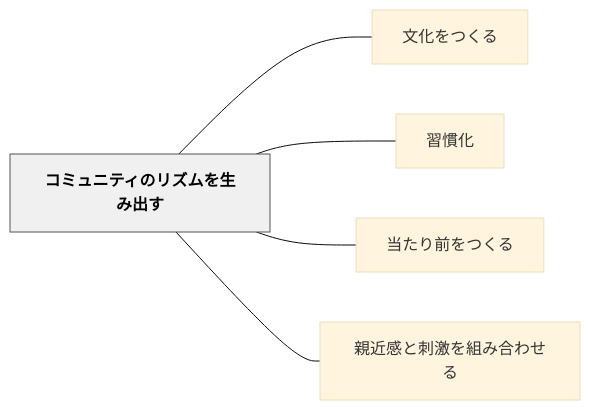
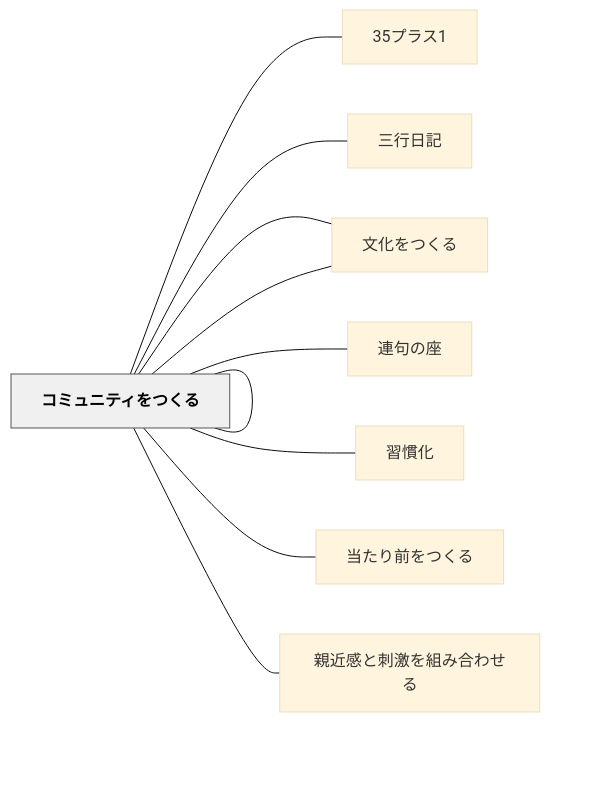
Before and after one commit to unknownthings-ed-patterns/unknownthings-ed-patterns: the diagram in content/パタン/コミュニティのリズムを生み出す.md, drawn with Mermaid (base theme). The commit also changed other lines of this file and 473 other files, not shown here.

````diff
--- a/content/パタン/コミュニティのリズムを生み出す.md
+++ b/content/パタン/コミュニティのリズムを生み出す.md
@@ -60,16 +65,26 @@
 ```mermaid
 flowchart LR
     ne382b3e3839f["コミュニティのリズムを生み出す"]
+    n3335e38397e3["35プラス1"]
+    ne382b3e3839f["コミュニティをつくる"]
+    ne4b889e8a18c["三行日記"]
+    ne69687e58c96["文化活動のペースを調整する"]
+    ne980a3e58fa5["連句の座"]
     ne69687e58c96["文化をつくる"]
     ne7bf92e685a3["習慣化"]
     ne5bd93e3819f["当たり前をつくる"]
     ne8a6aae8bf91["親近感と刺激を組み合わせる"]
 
+    ne382b3e3839f --- n3335e38397e3
+    ne382b3e3839f --- ne382b3e3839f
+    ne382b3e3839f --- ne4b889e8a18c
+    ne382b3e3839f --- ne69687e58c96
+    ne382b3e3839f --- ne980a3e58fa5
     ne382b3e3839f --- ne69687e58c96
     ne382b3e3839f --- ne7bf92e685a3
     ne382b3e3839f --- ne5bd93e3819f
     ne382b3e3839f --- ne8a6aae8bf91
 
     classDef hub fill:#f0f0f0,stroke:#555,color:#000,font-weight:bold
     class ne382b3e3839f hub
 ```
````
